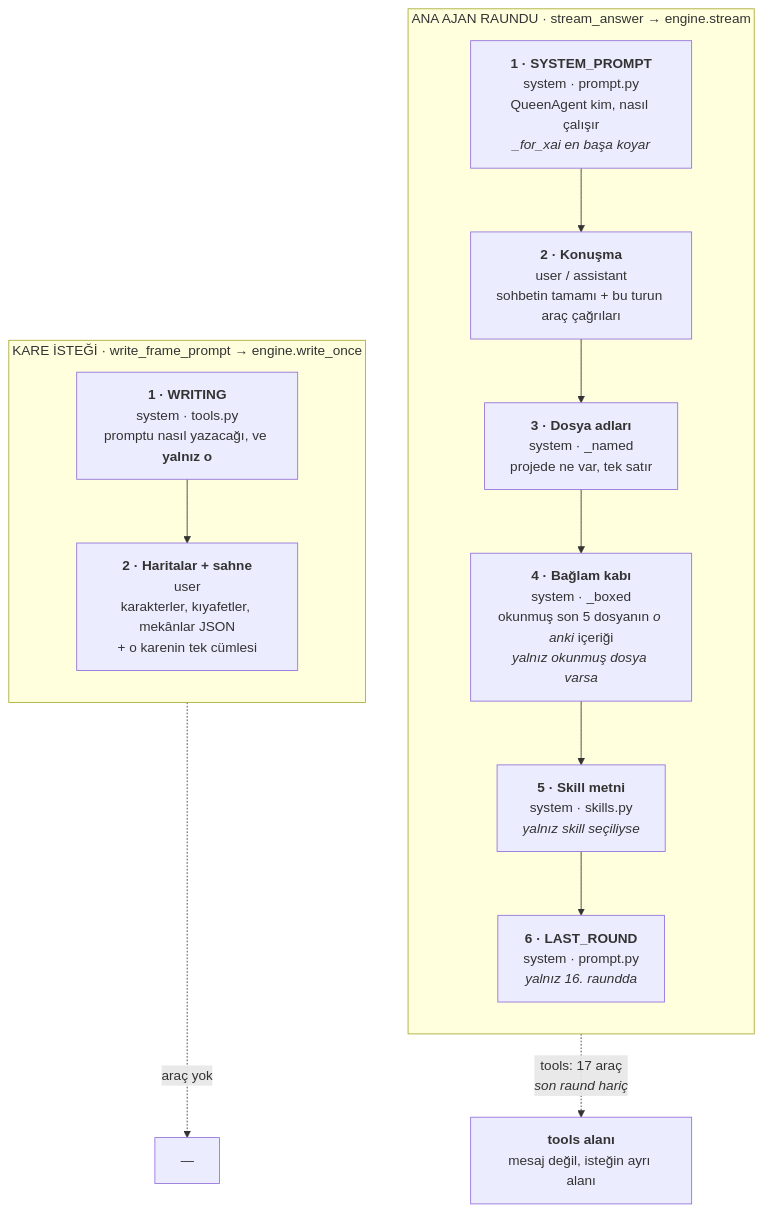
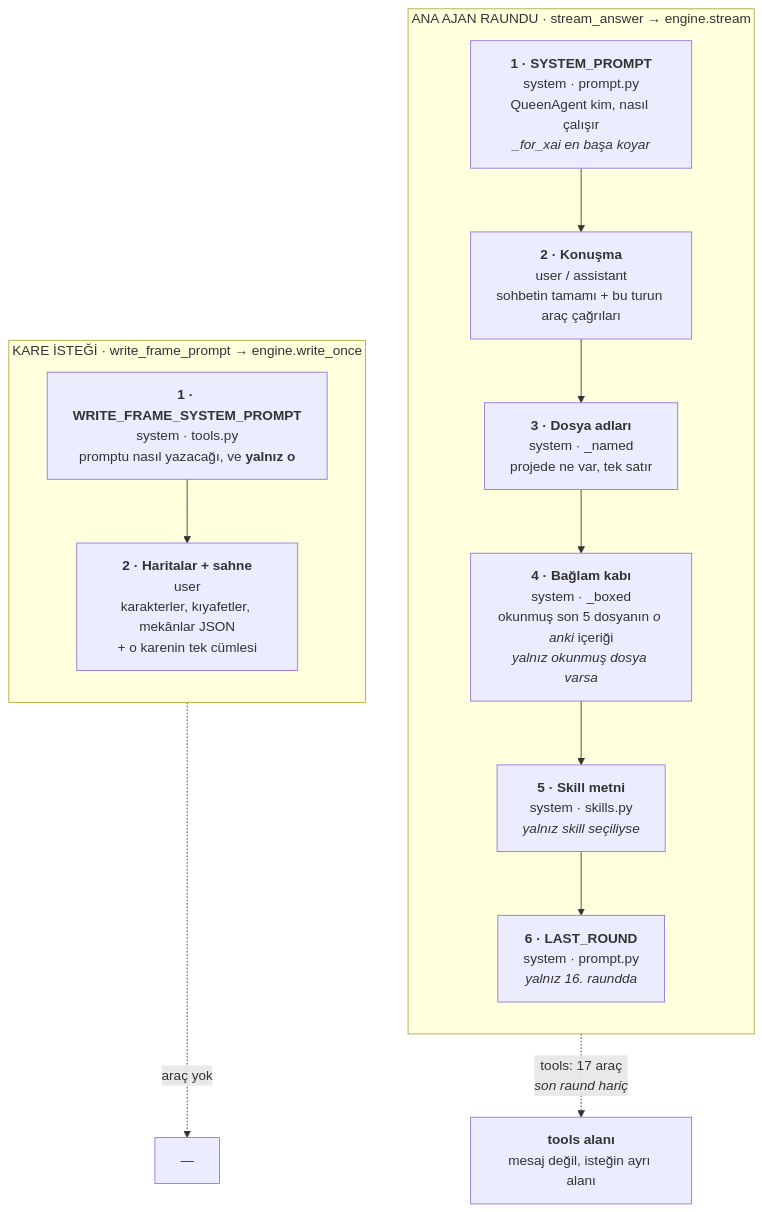
The diagram in docs/superpowers/research/2026-08-28-queenagent-promptlar.md (AltanBaysal/Internal-tools), drawn with Mermaid before and after one commit. The commit also changed other lines of this file and 2 other files, not shown here.

````diff
--- a/docs/superpowers/research/2026-08-28-queenagent-promptlar.md
+++ b/docs/superpowers/research/2026-08-28-queenagent-promptlar.md
@@ -21,21 +21,21 @@
 ```mermaid
 flowchart TB
     subgraph A["ANA AJAN RAUNDU · stream_answer → engine.stream"]
         direction TB
         A1["<b>1 · SYSTEM_PROMPT</b><br/>system · prompt.py<br/>QueenAgent kim, nasıl çalışır<br/><i>_for_xai en başa koyar</i>"]
         A2["<b>2 · Konuşma</b><br/>user / assistant<br/>sohbetin tamamı + bu turun araç çağrıları"]
         A3["<b>3 · Dosya adları</b><br/>system · _named<br/>projede ne var, tek satır"]
         A4["<b>4 · Bağlam kabı</b><br/>system · _boxed<br/>okunmuş son 5 dosyanın <i>o anki</i> içeriği<br/><i>yalnız okunmuş dosya varsa</i>"]
         A5["<b>5 · Skill metni</b><br/>system · skills.py<br/><i>yalnız skill seçiliyse</i>"]
         A6["<b>6 · LAST_ROUND</b><br/>system · prompt.py<br/><i>yalnız 16. raundda</i>"]
         A1 --> A2 --> A3 --> A4 --> A5 --> A6
     end
     subgraph B["KARE İSTEĞİ · write_frame_prompt → engine.write_once"]
         direction TB
-        B1["<b>1 · WRITING</b><br/>system · tools.py<br/>promptu nasıl yazacağı, ve <b>yalnız o</b>"]
+        B1["<b>1 · WRITE_FRAME_SYSTEM_PROMPT</b><br/>system · tools.py<br/>promptu nasıl yazacağı, ve <b>yalnız o</b>"]
         B2["<b>2 · Haritalar + sahne</b><br/>user<br/>karakterler, kıyafetler, mekânlar JSON<br/>+ o karenin tek cümlesi"]
         B1 --> B2
     end
     A -.->|"tools: 17 araç<br/><i>son raund hariç</i>"| T["<b>tools alanı</b><br/>mesaj değil, isteğin ayrı alanı"]
     B -.->|"araç yok"| N["—"]
 ```
````
